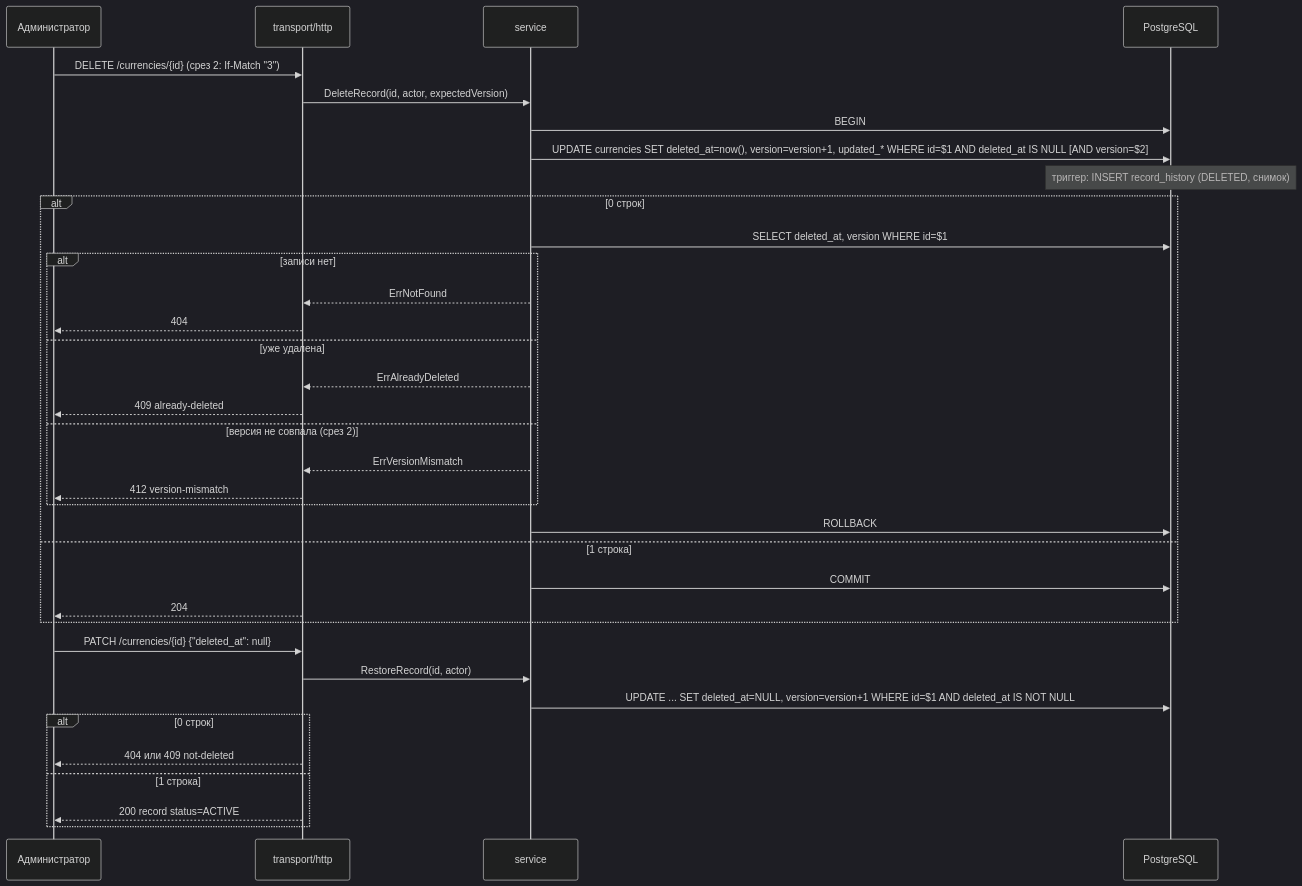
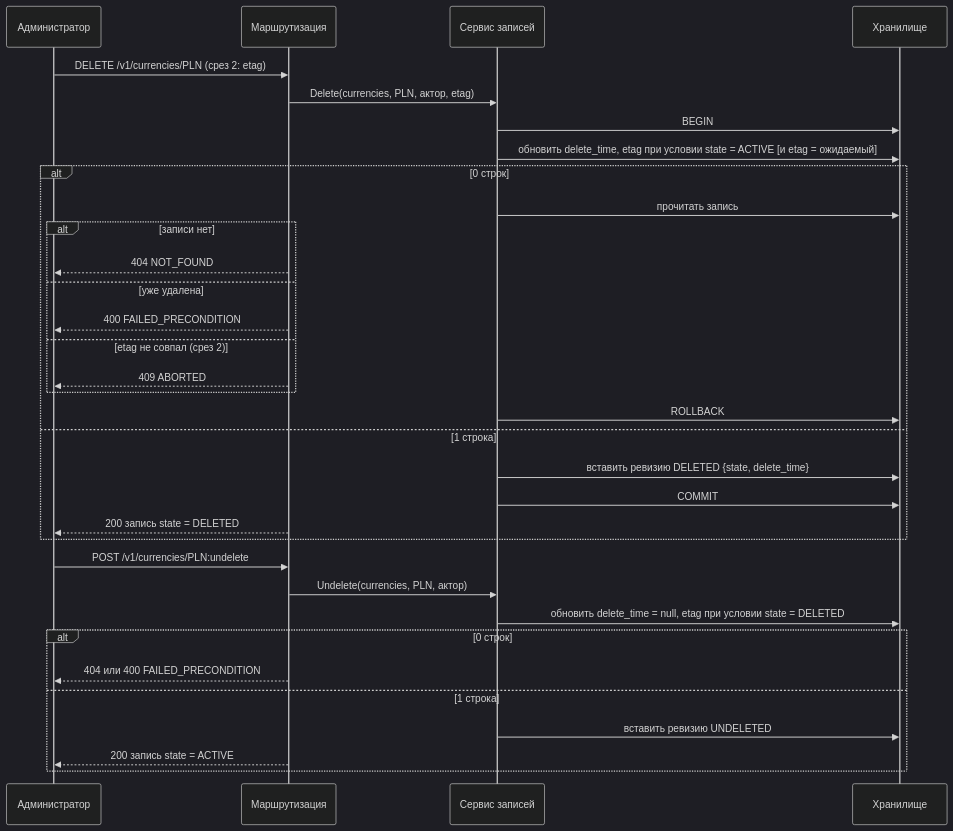
The second of 7 diagrams in reference-manager/docs/block-i-integration-and-deployment/155.sequence-diagrams.md (MEPhI-C22-501/arch-info-system-monorepo), drawn with Mermaid (dark theme) before and after one commit. The commit also changed other lines of this file and 30 other files, not shown here.

````diff
--- a/reference-manager/docs/block-i-integration-and-deployment/155.sequence-diagrams.md
+++ b/reference-manager/docs/block-i-integration-and-deployment/155.sequence-diagrams.md
@@ -50,37 +44,35 @@
 ```mermaid
 sequenceDiagram
     participant A as Администратор
-    participant H as transport/http
-    participant S as service
-    participant DB as PostgreSQL
-    A->>H: DELETE /currencies/{id} (срез 2: If-Match "3")
-    H->>S: DeleteRecord(id, actor, expectedVersion)
-    S->>DB: BEGIN
-    S->>DB: UPDATE currencies SET deleted_at=now(), version=version+1, updated_* WHERE id=$1 AND deleted_at IS NULL [AND version=$2]
-    Note over DB: триггер: INSERT record_history (DELETED, снимок)
+    participant H as Маршрутизация
+    participant S as Сервис записей
+    participant R as Хранилище
+    A->>H: DELETE /v1/currencies/PLN (срез 2: etag)
+    H->>S: Delete(currencies, PLN, актор, etag)
+    S->>R: BEGIN
+    S->>R: обновить delete_time, etag при условии state = ACTIVE [и etag = ожидаемый]
     alt 0 строк
-        S->>DB: SELECT deleted_at, version WHERE id=$1
+        S->>R: прочитать запись
         alt записи нет
-            S-->>H: ErrNotFound
-            H-->>A: 404
+            H-->>A: 404 NOT_FOUND
         else уже удалена
-            S-->>H: ErrAlreadyDeleted
-            H-->>A: 409 already-deleted
-        else версия не совпала (срез 2)
-            S-->>H: ErrVersionMismatch
-            H-->>A: 412 version-mismatch
+            H-->>A: 400 FAILED_PRECONDITION
+        else etag не совпал (срез 2)
+            H-->>A: 409 ABORTED
         end
-        S->>DB: ROLLBACK
+        S->>R: ROLLBACK
     else 1 строка
-        S->>DB: COMMIT
-        H-->>A: 204
+        S->>R: вставить ревизию DELETED {state, delete_time}
+        S->>R: COMMIT
+        H-->>A: 200 запись state = DELETED
     end
-    A->>H: PATCH /currencies/{id} {"deleted_at": null}
-    H->>S: RestoreRecord(id, actor)
-    S->>DB: UPDATE ... SET deleted_at=NULL, version=version+1 WHERE id=$1 AND deleted_at IS NOT NULL
+    A->>H: POST /v1/currencies/PLN:undelete
+    H->>S: Undelete(currencies, PLN, актор)
+    S->>R: обновить delete_time = null, etag при условии state = DELETED
     alt 0 строк
-        H-->>A: 404 или 409 not-deleted
+        H-->>A: 404 или 400 FAILED_PRECONDITION
     else 1 строка
-        H-->>A: 200 record status=ACTIVE
+        S->>R: вставить ревизию UNDELETED
+        H-->>A: 200 запись state = ACTIVE
     end
 ```
````
